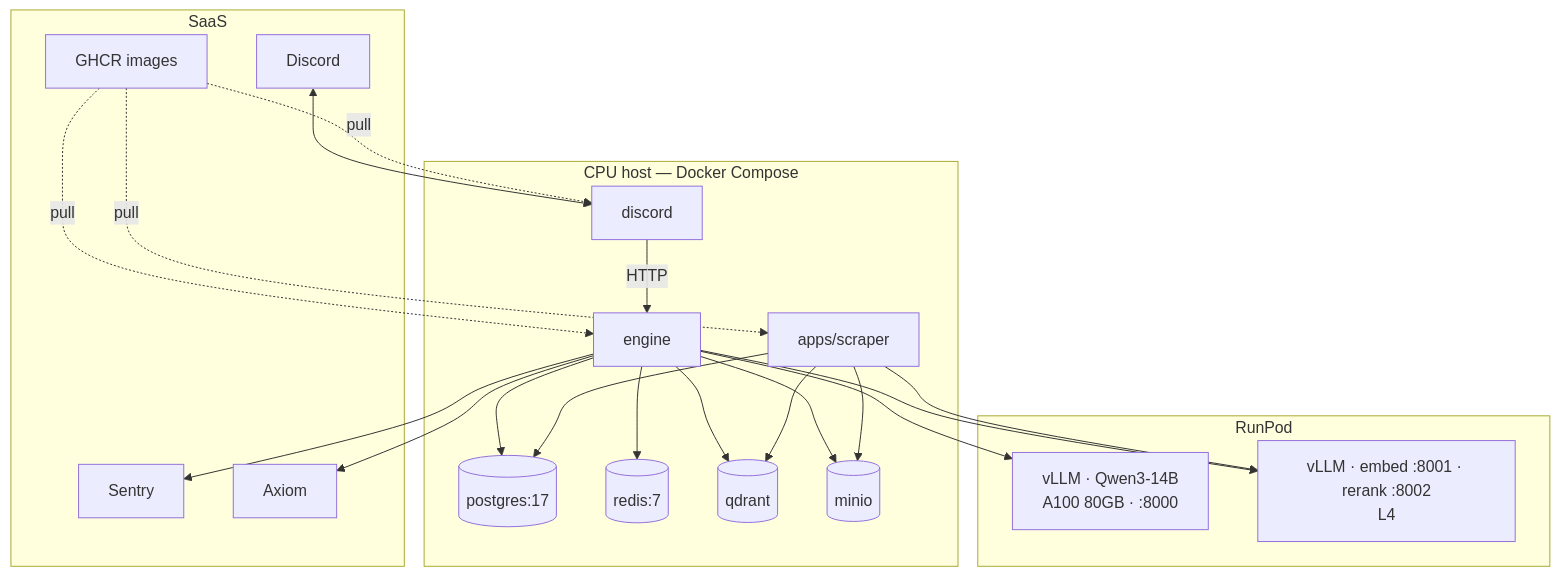
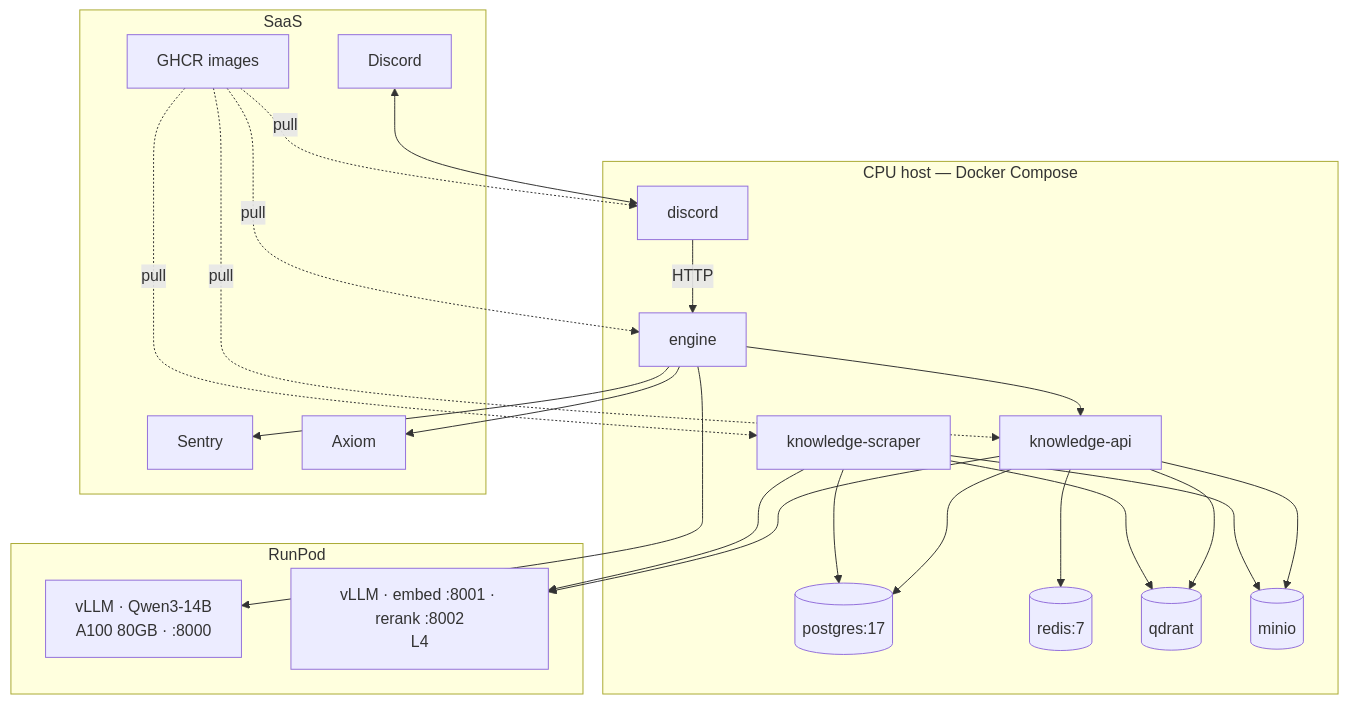
One commit to ashworks1706/SparkyAI changed the ninth of 9 diagrams in docs/ARCHITECTURE.md. Above: the diagram before and after it, drawn with Mermaid. The commit also changed other lines of this file and 91 other files, not shown here.

First line of the commit message:
apps/knowledge: one service owns every store; engine holds no DB connections

````diff
--- a/docs/ARCHITECTURE.md
+++ b/docs/ARCHITECTURE.md
@@ -393,27 +405,29 @@
 ```mermaid
 flowchart TB
     subgraph host [CPU host — Docker Compose]
         BOT[discord]
         APP[engine]
-        ING[apps/scraper]
+        KN[knowledge-api]
+        ING[knowledge-scraper]
         PG[(postgres:17)]
         RD[(redis:7)]
         QD[(qdrant)]
         MN[(minio)]
     end
     subgraph runpod [RunPod]
         V1[vLLM · Qwen3-14B<br/>A100 80GB · :8000]
         V2[vLLM · embed :8001 · rerank :8002<br/>L4]
     end
     subgraph saas [SaaS]
         DC[Discord]
         SE[Sentry]
         AX[Axiom]
         GH[GHCR images]
     end
     DC <--> BOT
     BOT -->|HTTP| APP
-    APP --> V1 & V2 & PG & RD & QD & MN & SE & AX
+    APP --> V1 & KN & SE & AX
+    KN --> V2 & PG & RD & QD & MN
     ING --> V2 & PG & QD & MN
-    GH -.->|pull| BOT & APP & ING
+    GH -.->|pull| BOT & APP & KN & ING
 ```
````
